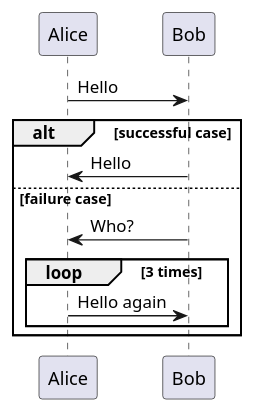
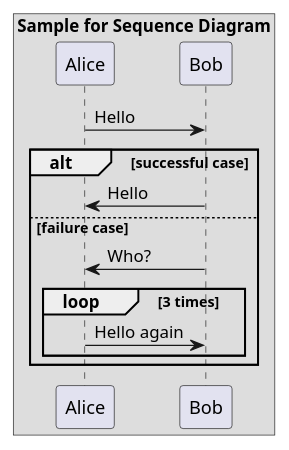
One commit to spiegel-im-spiegel/plantuml-sample changed the diagram in sequence-diagram-02.puml. Above: the diagram before and after it, drawn with PlantUML. The commit also changed 16 other files, not shown here.

```diff
--- a/sequence-diagram-02.puml
+++ b/sequence-diagram-02.puml
@@ -1,17 +1,16 @@
 @startuml
-/'
- ' Samples for Sequence Diagrams
- '/
 
+box "Sample for Sequence Diagram"
 Alice -> Bob: Hello
 
 alt successful case
   Bob -> Alice: Hello
 else failure case
   Bob -> Alice: Who?
   loop 3 times
     Alice -> Bob: Hello again
   end
 end
+end box
 
 @enduml
```
